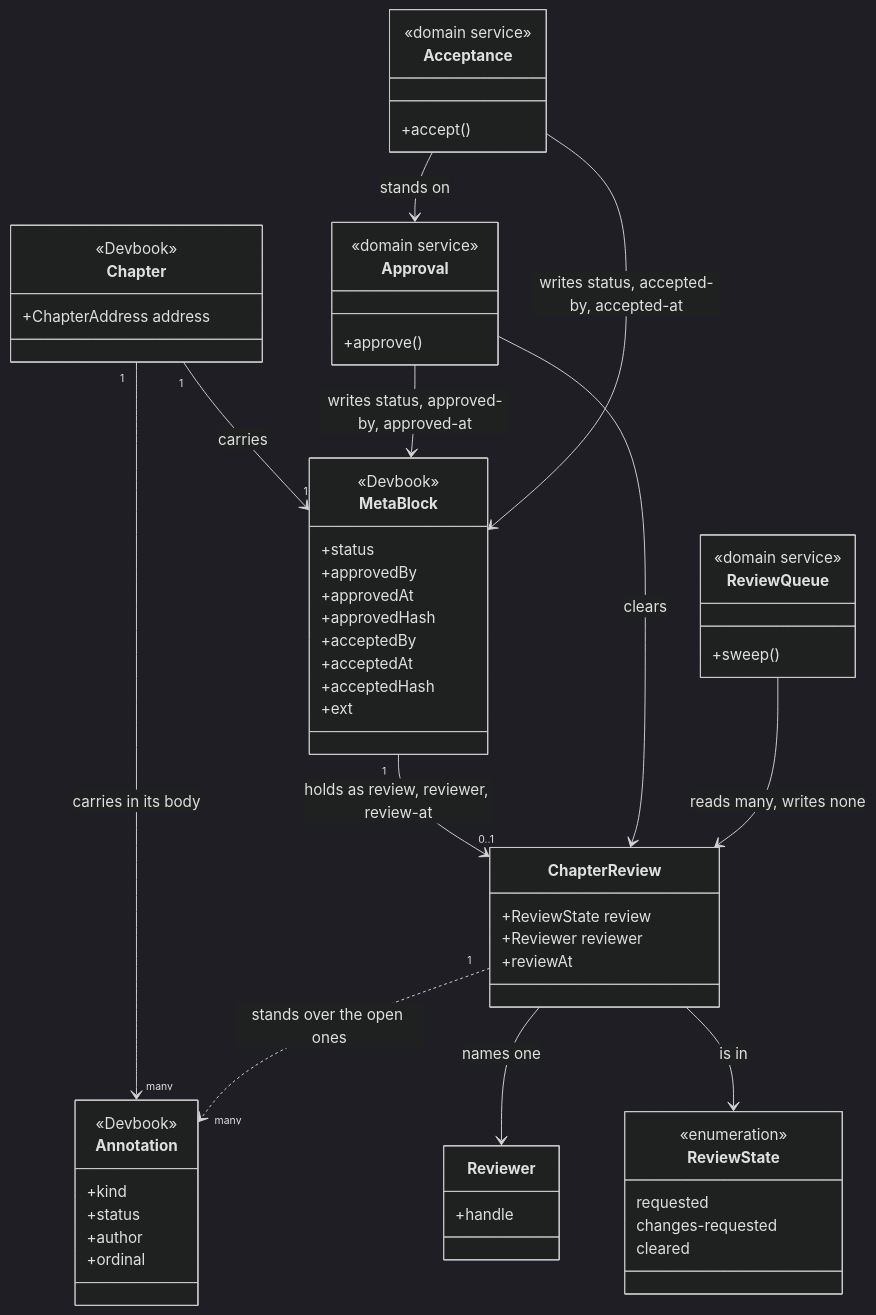
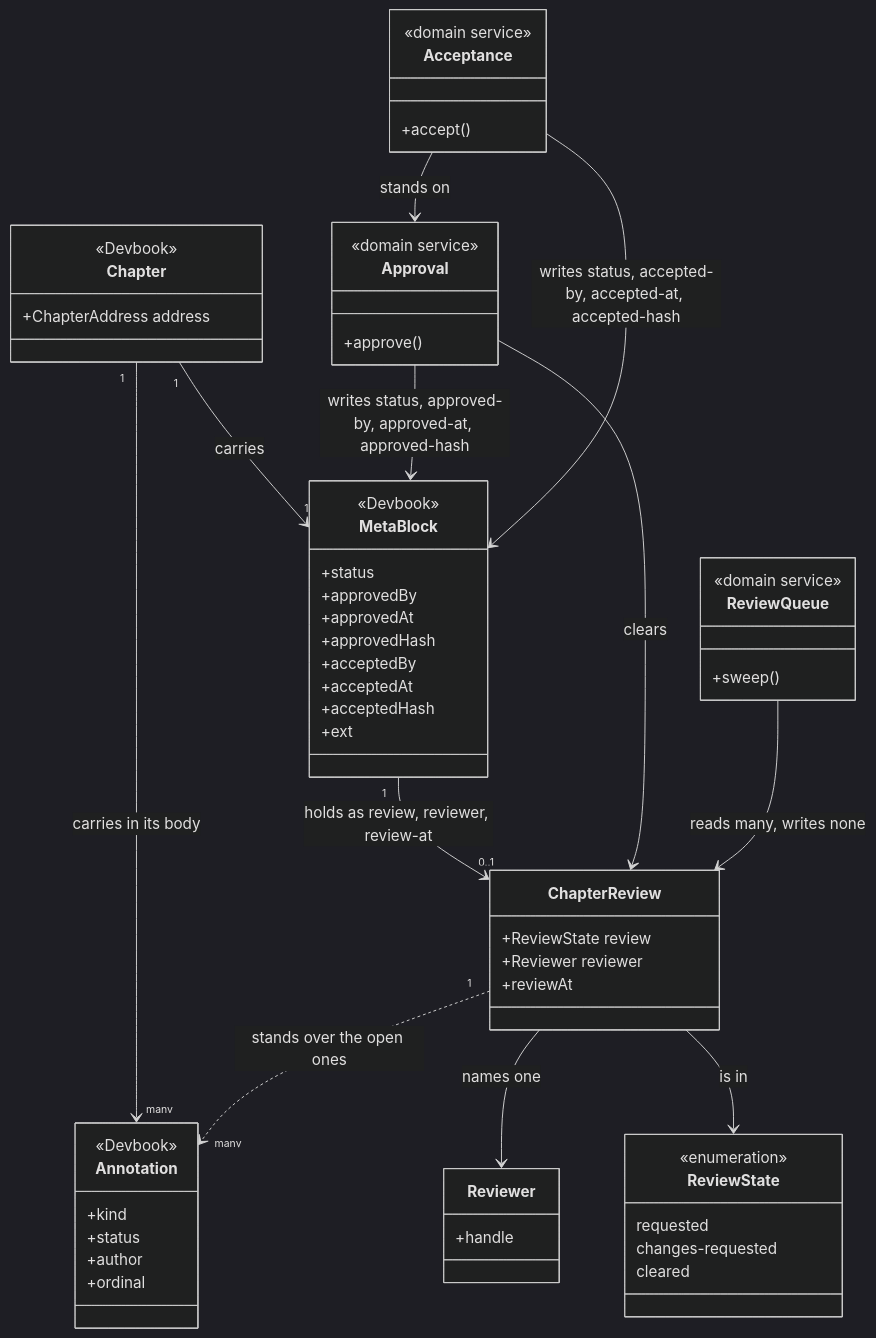
Before and after one commit to JSdotNet/ai-agent-stack: the first of 3 diagrams in .devbook/arc42/building-blocks/devbook-collaboration.md, drawn with Mermaid (dark theme).

Commit message:
arc42: the collaboration class diagram writes both fingerprints
Approval and acceptance write approved-hash and accepted-hash; the diagram
listed the signer and the day only.

````diff
--- a/.devbook/arc42/building-blocks/devbook-collaboration.md
+++ b/.devbook/arc42/building-blocks/devbook-collaboration.md
@@ -131,63 +131,63 @@
 ```mermaid
 classDiagram
     class Chapter {
         <<Devbook>>
         +ChapterAddress address
     }
     class MetaBlock {
         <<Devbook>>
         +status
         +approvedBy
         +approvedAt
         +approvedHash
         +acceptedBy
         +acceptedAt
         +acceptedHash
         +ext
     }
     class ChapterReview {
         +ReviewState review
         +Reviewer reviewer
         +reviewAt
     }
     class Annotation {
         <<Devbook>>
         +kind
         +status
         +author
         +ordinal
     }
     class Reviewer {
         +handle
     }
     class ReviewState {
         <<enumeration>>
         requested
         changes-requested
         cleared
     }
     class Approval {
         <<domain service>>
         +approve()
     }
     class Acceptance {
         <<domain service>>
         +accept()
     }
     class ReviewQueue {
         <<domain service>>
         +sweep()
     }
 
     Chapter "1" --> "1" MetaBlock : carries
     Chapter "1" --> "many" Annotation : carries in its body
     MetaBlock "1" --> "0..1" ChapterReview : holds as review, reviewer, review-at
     ChapterReview "1" ..> "many" Annotation : stands over the open ones
     ChapterReview --> Reviewer : names one
     ChapterReview --> ReviewState : is in
     Approval --> ChapterReview : clears
-    Approval --> MetaBlock : writes status, approved-by, approved-at
-    Acceptance --> MetaBlock : writes status, accepted-by, accepted-at
+    Approval --> MetaBlock : writes status, approved-by, approved-at, approved-hash
+    Acceptance --> MetaBlock : writes status, accepted-by, accepted-at, accepted-hash
     Acceptance --> Approval : stands on
     ReviewQueue --> ChapterReview : reads many, writes none
 ```
````
